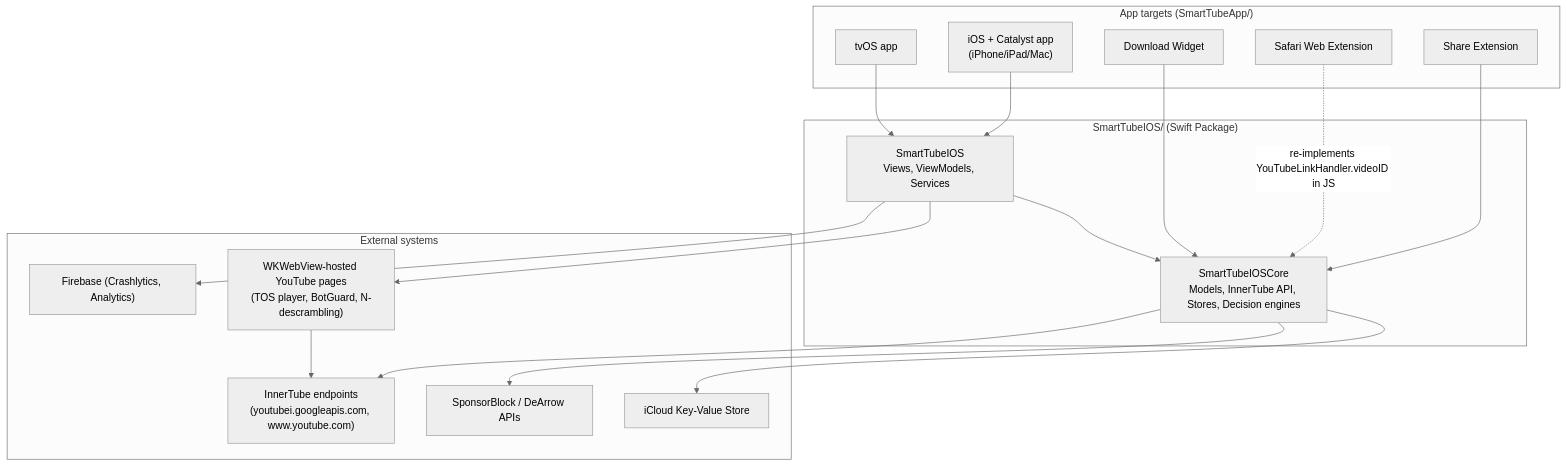
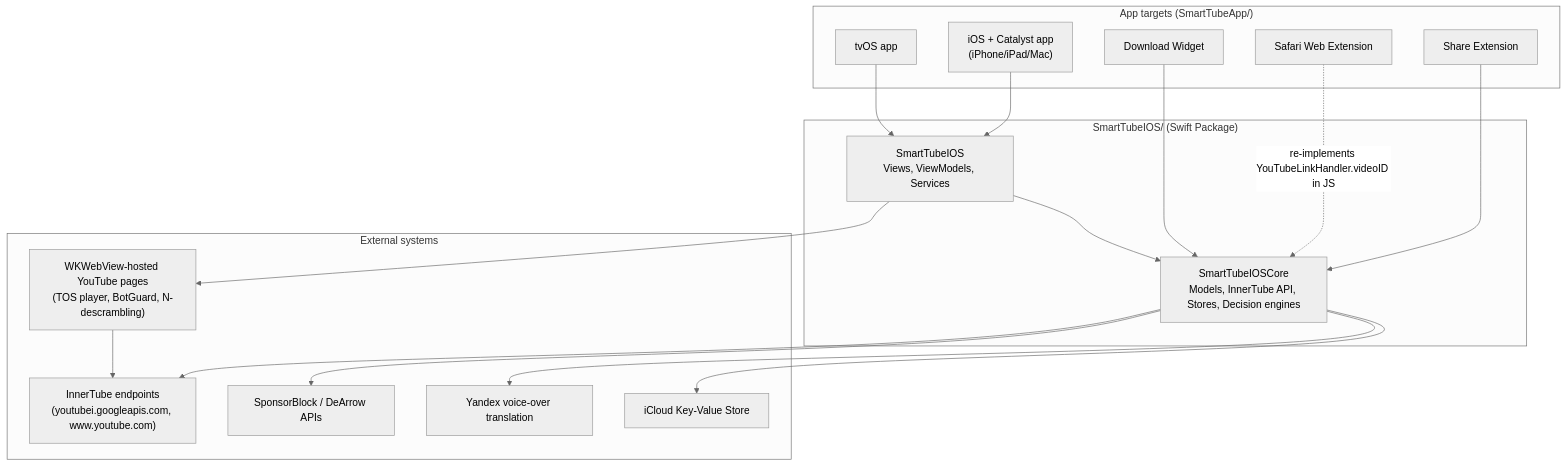
Before and after one commit to cioxideru/VoxaFrame: the diagram in docs/architecture.md, drawn with Mermaid (neutral theme). The commit also changed 62 other files, not shown here.

Commit message:
refactor(app): remove Firebase Crashlytics and Analytics

````diff
--- a/docs/architecture.md
+++ b/docs/architecture.md
@@ -10,34 +10,34 @@
 ```mermaid
 graph TD
     subgraph Apps["App targets (SmartTubeApp/)"]
         iOS["iOS + Catalyst app<br/>(iPhone/iPad/Mac)"]
         TV["tvOS app"]
         Share["Share Extension"]
         Safari["Safari Web Extension"]
         Widget["Download Widget"]
     end
     subgraph Pkg["SmartTubeIOS/ (Swift Package)"]
         UI["SmartTubeIOS<br/>Views, ViewModels, Services"]
         Core["SmartTubeIOSCore<br/>Models, InnerTube API, Stores, Decision engines"]
     end
     subgraph Ext["External systems"]
         InnerTube["InnerTube endpoints<br/>(youtubei.googleapis.com, www.youtube.com)"]
         SponsorBlock["SponsorBlock / DeArrow APIs"]
-        Firebase["Firebase (Crashlytics, Analytics)"]
+        Yandex["Yandex voice-over translation"]
         iCloudKVS["iCloud Key-Value Store"]
         WebPlayer["WKWebView-hosted YouTube pages<br/>(TOS player, BotGuard, N-descrambling)"]
     end
 
     iOS --> UI
     TV --> UI
     Share --> Core
     Safari -.->|"re-implements YouTubeLinkHandler.videoID in JS"| Core
     Widget --> Core
     UI --> Core
     Core --> InnerTube
     Core --> SponsorBlock
-    UI --> Firebase
+    Core --> Yandex
     Core --> iCloudKVS
     UI --> WebPlayer
     WebPlayer --> InnerTube
 ```
````
